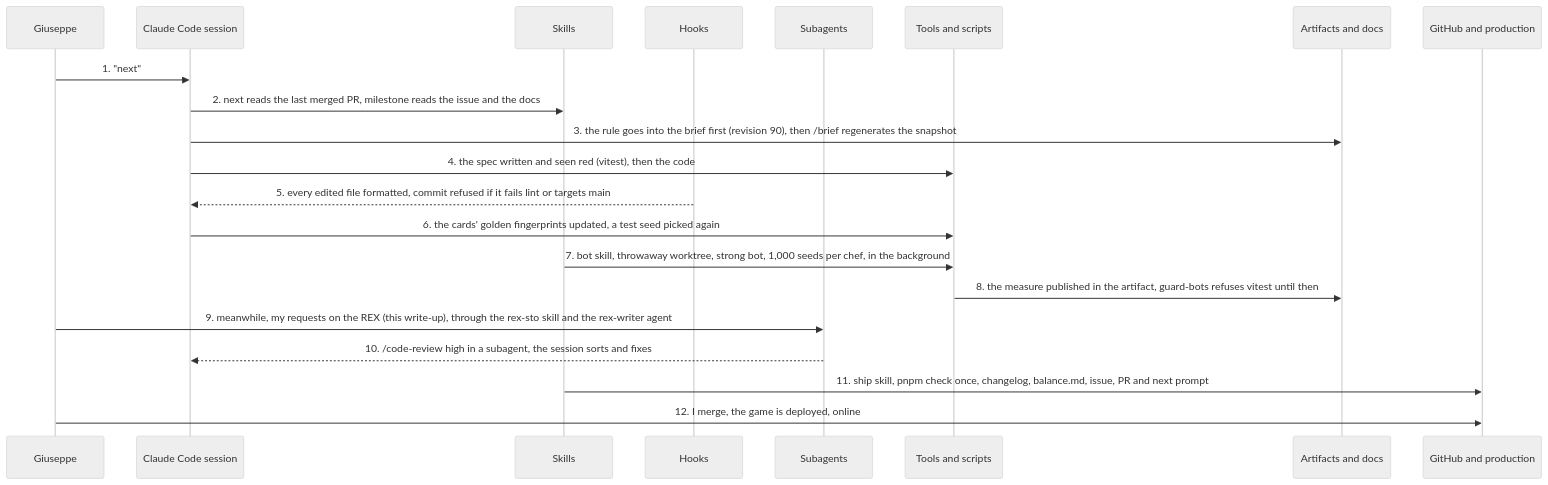
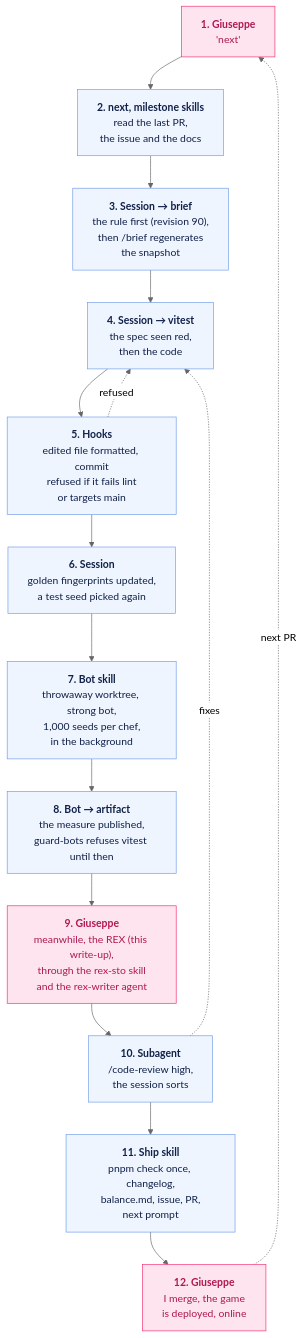
One commit to eleven-labs/blog.eleven-labs.com changed the diagram in _articles/en/2026-10-27-claude-code-workflow-kebab-roguelite.mdx. Above: the diagram before and after it, drawn with Mermaid (neutral theme). The commit also changed other lines of this file and 2 other files, not shown here.

Commit message:
feat(article): redraw the request as a chart with loops and share the workflow files (fr, en)
The sequence diagram was stretched by its labels and unreadable once scaled down: a vertical
flowchart keeps its text legible on a phone, and its loops show the refusals, the review's
fixes and the next PR. The archive holds the workflow files, private links masked, under MIT.

````diff
--- a/_articles/en/2026-10-27-claude-code-workflow-kebab-roguelite.mdx
+++ b/_articles/en/2026-10-27-claude-code-workflow-kebab-roguelite.mdx
@@ -162,23 +164,21 @@
 ```mermaid
-sequenceDiagram
-  participant G as Giuseppe
-  participant S as Claude Code session
-  participant K as Skills
-  participant H as Hooks
-  participant A as Subagents
-  participant O as Tools and scripts
-  participant D as Artifacts and docs
-  participant P as GitHub and production
-  G->>S: 1. "next"
-  S->>K: 2. next reads the last merged PR, milestone reads the issue and the docs
-  S->>D: 3. the rule goes into the brief first (revision 90), then /brief regenerates the snapshot
-  S->>O: 4. the spec written and seen red (vitest), then the code
-  H-->>S: 5. every edited file formatted, commit refused if it fails lint or targets main
-  S->>O: 6. the cards' golden fingerprints updated, a test seed picked again
-  K->>O: 7. bot skill, throwaway worktree, strong bot, 1,000 seeds per chef, in the background
-  O->>D: 8. the measure published in the artifact, guard-bots refuses vitest until then
-  G->>A: 9. meanwhile, my requests on the REX (this write-up), through the rex-sto skill and the rex-writer agent
-  A-->>S: 10. /code-review high in a subagent, the session sorts and fixes
-  K->>P: 11. ship skill, pnpm check once, changelog, balance.md, issue, PR and next prompt
-  G->>P: 12. I merge, the game is deployed, online
+flowchart TB
+  S1["<b>1. Giuseppe</b><br/>'next'"]:::me
+  S2["<b>2. next, milestone skills</b><br/>read the last PR,<br/>the issue and the docs"]:::tool
+  S3["<b>3. Session → brief</b><br/>the rule first (revision 90),<br/>then /brief regenerates<br/>the snapshot"]:::tool
+  S4["<b>4. Session → vitest</b><br/>the spec seen red,<br/>then the code"]:::tool
+  S5["<b>5. Hooks</b><br/>edited file formatted, commit<br/>refused if it fails lint<br/>or targets main"]:::tool
+  S6["<b>6. Session</b><br/>golden fingerprints updated,<br/>a test seed picked again"]:::tool
+  S7["<b>7. Bot skill</b><br/>throwaway worktree, strong bot,<br/>1,000 seeds per chef,<br/>in the background"]:::tool
+  S8["<b>8. Bot → artifact</b><br/>the measure published,<br/>guard-bots refuses vitest until then"]:::tool
+  S9["<b>9. Giuseppe</b><br/>meanwhile, the REX (this write-up),<br/>through the rex-sto skill<br/>and the rex-writer agent"]:::me
+  S10["<b>10. Subagent</b><br/>/code-review high,<br/>the session sorts"]:::tool
+  S11["<b>11. Ship skill</b><br/>pnpm check once, changelog,<br/>balance.md, issue, PR,<br/>next prompt"]:::tool
+  S12["<b>12. Giuseppe</b><br/>I merge, the game<br/>is deployed, online"]:::me
+  S1 --> S2 --> S3 --> S4 --> S5 --> S6 --> S7 --> S8 --> S9 --> S10 --> S11 --> S12
+  S5 -.->|refused| S4
+  S10 -.->|fixes| S4
+  S12 -.->|next PR| S1
+  classDef me fill:#FDE4EE,stroke:#F42B72,color:#B01850
+  classDef tool fill:#EEF5FF,stroke:#6F9BE8,color:#102048
 ```
````
